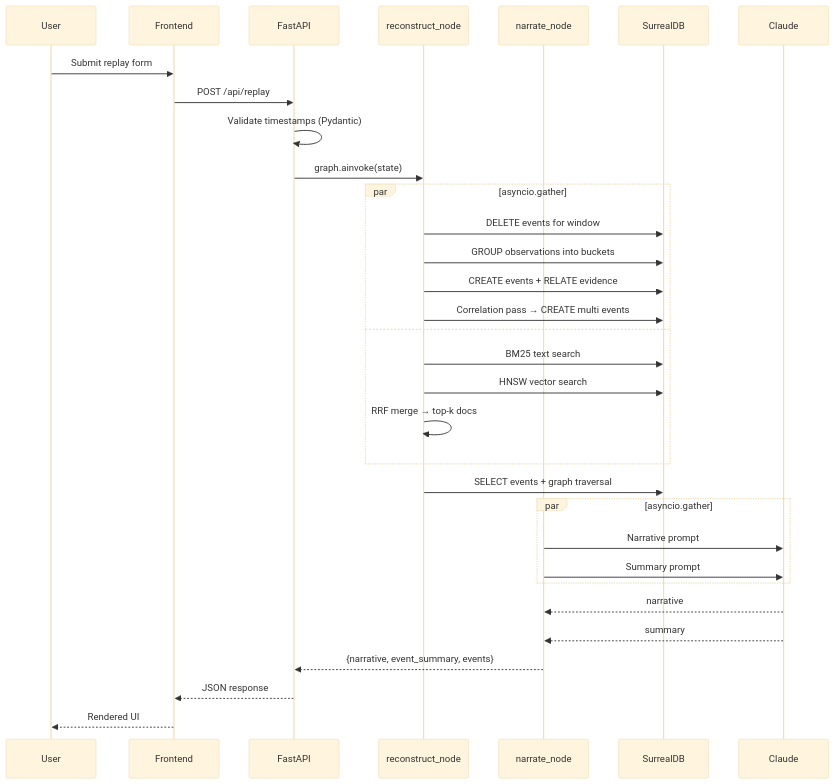
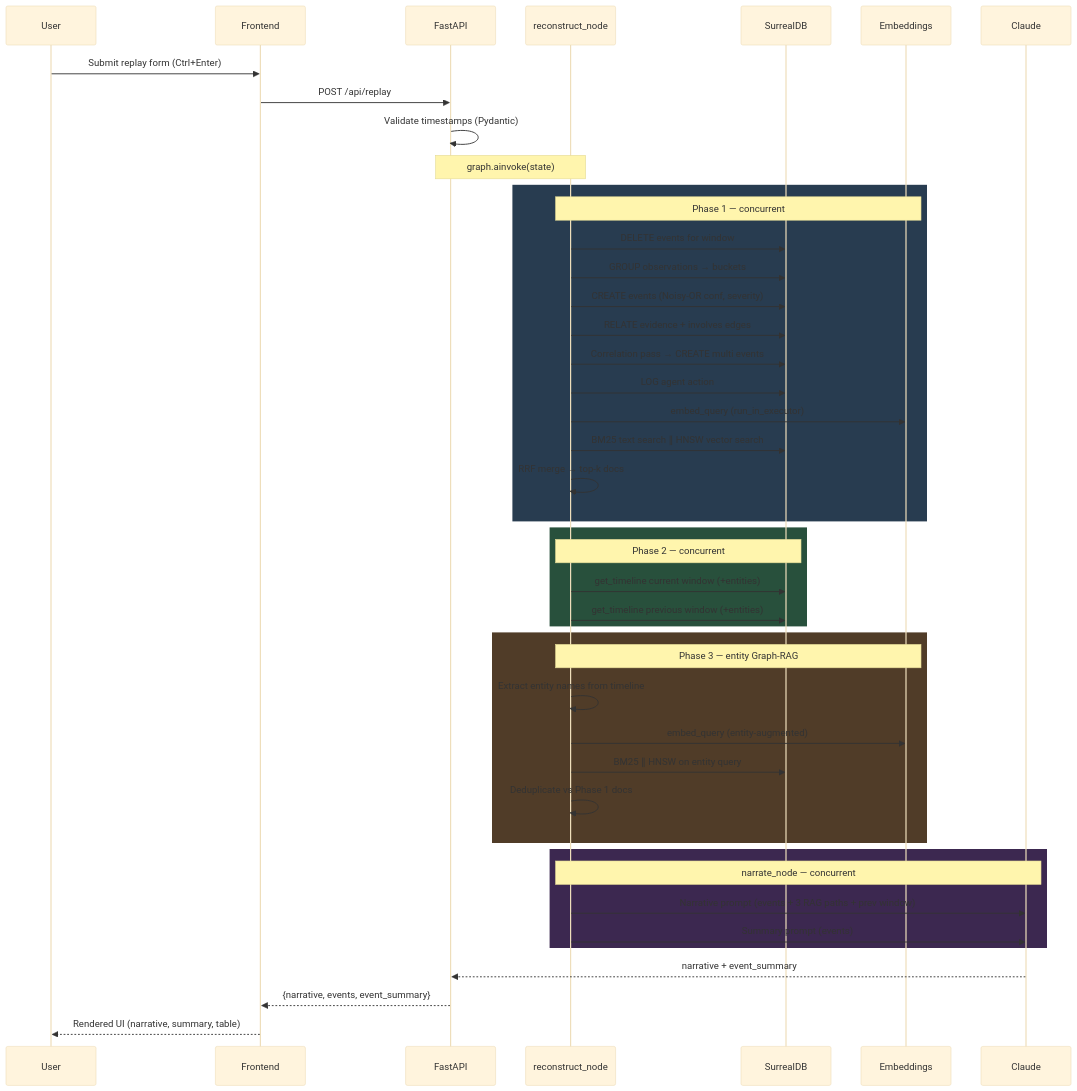
Before and after one commit to MasteraSnackin/GodEye: the second of 3 diagrams in Architecture Overview.md, drawn with Mermaid (base theme). The commit also changed other lines of this file, not shown here.

First line of the commit message:
docs: rewrite Architecture Overview with 3-phase pipeline and updated component details

````diff
--- a/Architecture Overview.md
+++ b/Architecture Overview.md
@@ -235,39 +256,52 @@
 ```mermaid
 sequenceDiagram
   participant U as User
   participant FE as Frontend
   participant API as FastAPI
   participant RN as reconstruct_node
-  participant NN as narrate_node
   participant DB as SurrealDB
+  participant HF as Embeddings
   participant LLM as Claude
 
-  U->>FE: Submit replay form
+  U->>FE: Submit replay form (Ctrl+Enter)
   FE->>API: POST /api/replay
   API->>API: Validate timestamps (Pydantic)
-  API->>RN: graph.ainvoke(state)
+  Note over API,RN: graph.ainvoke(state)
 
-  par asyncio.gather
+  rect rgb(40,60,80)
+    Note over RN,HF: Phase 1 — concurrent
     RN->>DB: DELETE events for window
-    RN->>DB: GROUP observations into buckets
-    RN->>DB: CREATE events + RELATE evidence
+    RN->>DB: GROUP observations → buckets
+    RN->>DB: CREATE events (Noisy-OR conf, severity)
+    RN->>DB: RELATE evidence + involves edges
     RN->>DB: Correlation pass → CREATE multi events
-  and
-    RN->>DB: BM25 text search
-    RN->>DB: HNSW vector search
+    RN->>DB: LOG agent action
+    RN->>HF: embed_query (run_in_executor)
+    RN->>DB: BM25 text search ∥ HNSW vector search
     RN->>RN: RRF merge → top-k docs
   end
 
-  RN->>DB: SELECT events + graph traversal
-
-  par asyncio.gather
-    NN->>LLM: Narrative prompt
-    NN->>LLM: Summary prompt
+  rect rgb(40,80,60)
+    Note over RN,DB: Phase 2 — concurrent
+    RN->>DB: get_timeline current window (+entities)
+    RN->>DB: get_timeline previous window (+entities)
   end
 
-  LLM-->>NN: narrative
-  LLM-->>NN: summary
-  NN-->>API: {narrative, event_summary, events}
-  API-->>FE: JSON response
-  FE-->>U: Rendered UI
+  rect rgb(80,60,40)
+    Note over RN,HF: Phase 3 — entity Graph-RAG
+    RN->>RN: Extract entity names from timeline
+    RN->>HF: embed_query (entity-augmented)
+    RN->>DB: BM25 ∥ HNSW on entity query
+    RN->>RN: Deduplicate vs Phase 1 docs
+  end
+
+  rect rgb(60,40,80)
+    Note over RN,LLM: narrate_node — concurrent
+    RN->>LLM: Narrative prompt (events + 3 RAG paths + prev window)
+    RN->>LLM: Summary prompt (events)
+  end
+
+  LLM-->>API: narrative + event_summary
+  API-->>FE: {narrative, events, event_summary}
+  FE-->>U: Rendered UI (narrative, summary, table)
 ```
````
